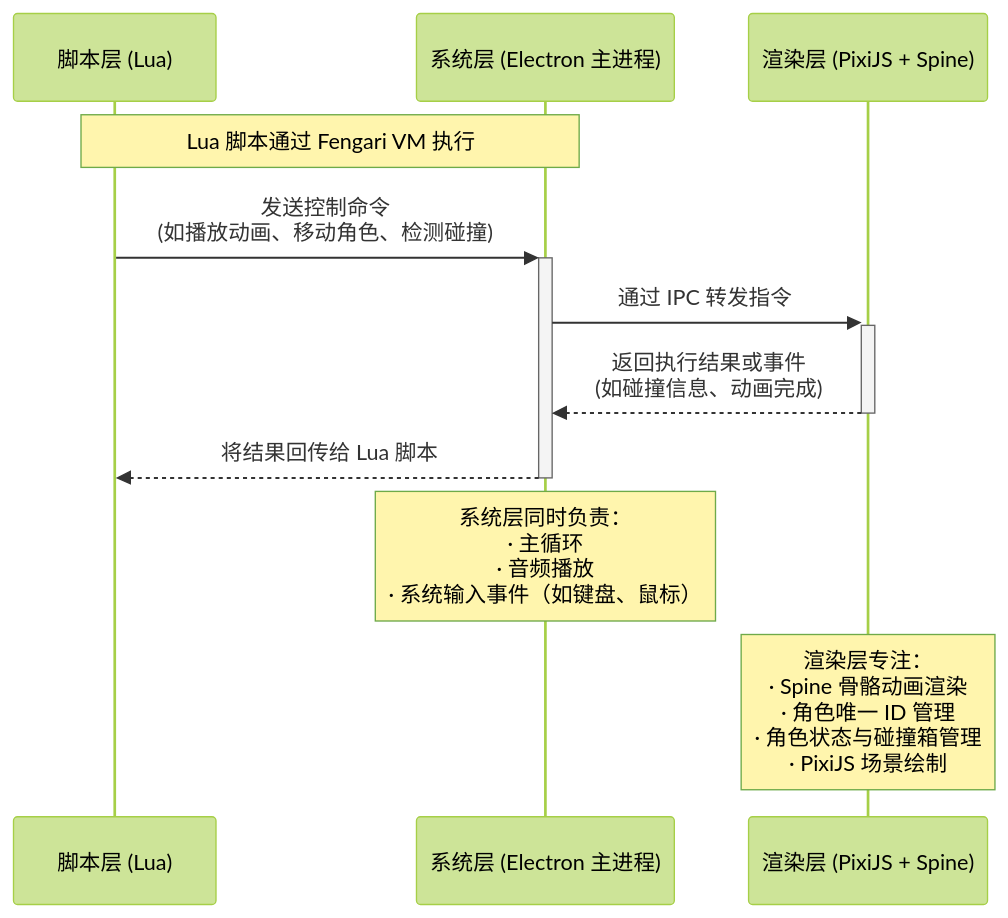
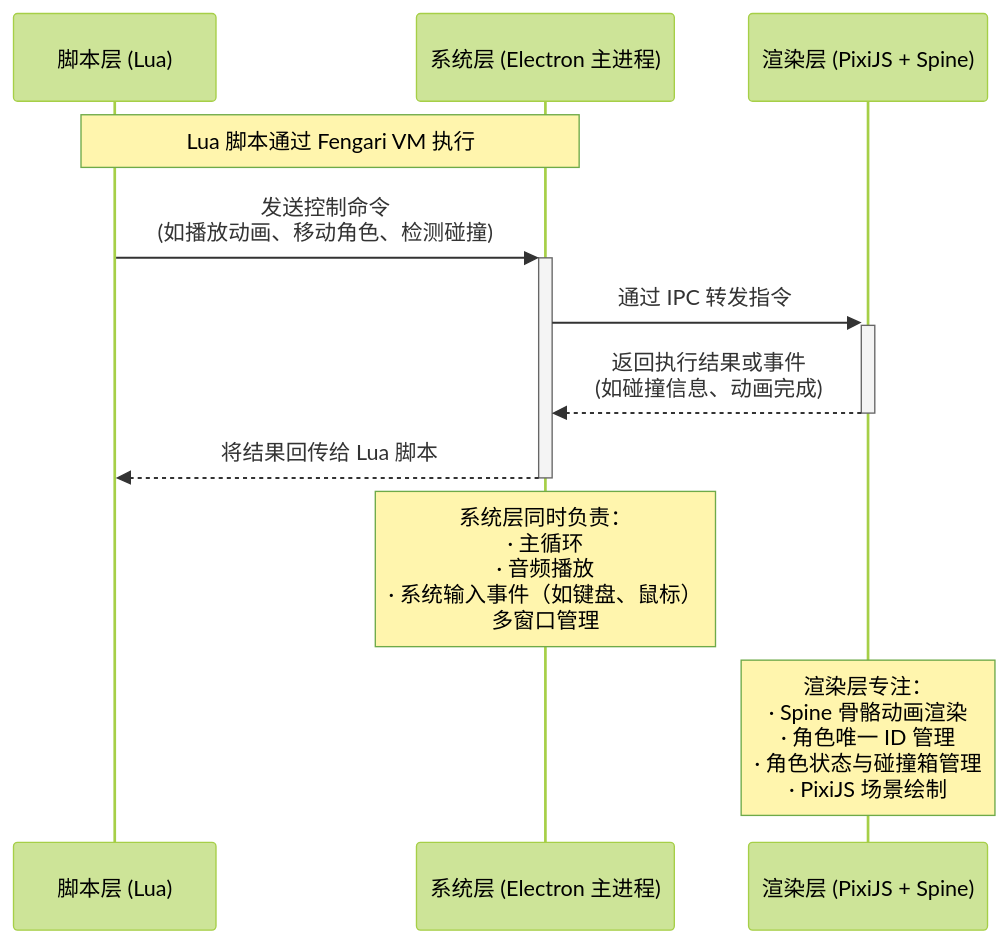
One commit to Gardin233/SFBE-docs changed the diagram in docs/alpha/introduce.md. Above: the diagram before and after it, drawn with Mermaid (forest theme). The commit also changed 3 other files, not shown here.

````diff
--- a/docs/alpha/introduce.md
+++ b/docs/alpha/introduce.md
@@ -8,15 +8,16 @@
 ```mermaid
+
 sequenceDiagram
   participant S as 脚本层 (Lua)
   participant SYS as 系统层 (Electron 主进程)
   participant R as 渲染层 (PixiJS + Spine)
 
   Note over S,SYS: Lua 脚本通过 Fengari VM 执行
   S->>+SYS: 发送控制命令<br>(如播放动画、移动角色、检测碰撞)
   SYS->>+R: 通过 IPC 转发指令
   R-->>-SYS: 返回执行结果或事件<br>(如碰撞信息、动画完成)
   SYS-->>-S: 将结果回传给 Lua 脚本
 
-  Note over SYS: 系统层同时负责：<br>· 主循环<br>· 音频播放<br>· 系统输入事件（如键盘、鼠标）
+  Note over SYS: 系统层同时负责：<br>· 主循环<br>· 音频播放<br>· 系统输入事件（如键盘、鼠标）<br> 多窗口管理
   Note over R: 渲染层专注：<br>· Spine 骨骼动画渲染<br>· 角色唯一 ID 管理<br>· 角色状态与碰撞箱管理<br>· PixiJS 场景绘制
-  ```
+```
````
